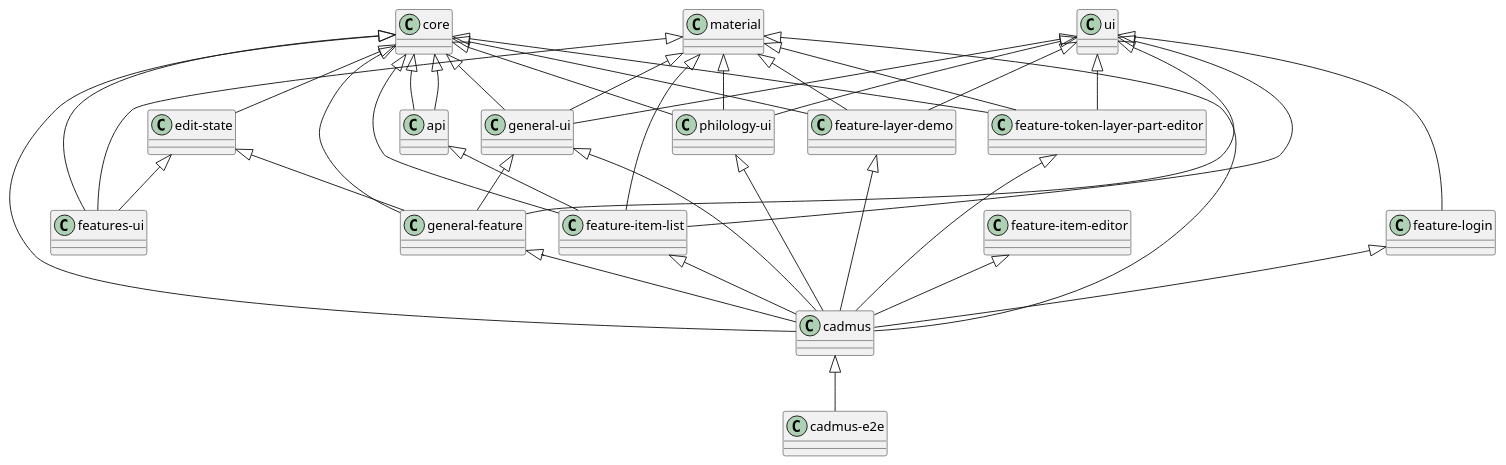
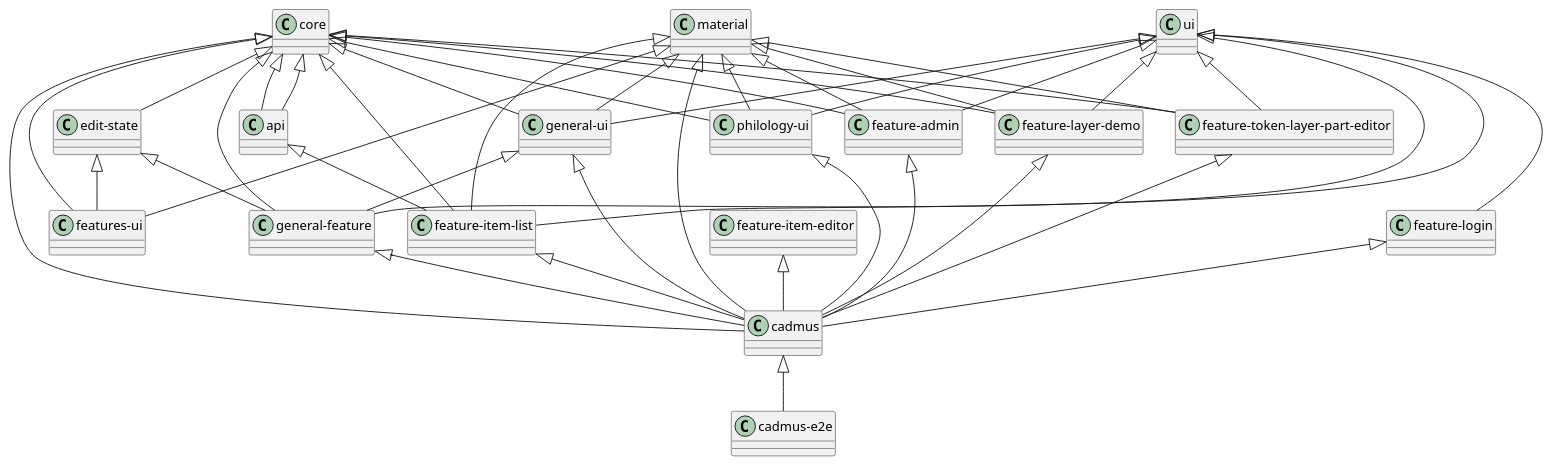
One commit to vedph/cadmus_web changed the diagram in doc/architecture.md. Above: the diagram before and after it, drawn with PlantUML. The commit also changed other lines of this file and 16 other files, not shown here.

Commit message:
Added feature-admin lib

````diff
--- a/doc/architecture.md
+++ b/doc/architecture.md
@@ -16,42 +17,46 @@
 ```plantuml
 @startuml
 core <|-- api
 core <|-- "general-ui"
 core <|-- "general-feature"
 core <|-- "philology-ui"
+core <|-- "feature-admin"
 core <|-- "features-ui"
 core <|-- "feature-layer-demo"
 core <|-- "feature-item-list"
 core <|-- "feature-token-layer-part-editor"
 api <|-- "feature-item-list"
 core <|-- api
 core <|-- cadmus
 material <|-- "general-ui"
 material <|-- "philology-ui"
+material <|-- "feature-admin"
 material <|-- "features-ui"
 material <|-- "feature-layer-demo"
 material <|-- "feature-item-list"
 material <|-- "feature-token-layer-part-editor"
 material <|-- cadmus
 core <|-- "edit-state"
 "edit-state" <|-- "general-feature"
 "edit-state" <|-- "features-ui"
 ui <|-- "general-ui"
 ui <|-- "general-feature"
 ui <|-- "philology-ui"
+ui <|-- "feature-admin"
 ui <|-- "feature-layer-demo"
 ui <|-- "feature-item-list"
 ui <|-- "feature-login"
 ui <|-- "feature-token-layer-part-editor"
 "general-ui" <|-- cadmus
 "general-ui" <|-- "general-feature"
 "general-feature" <|-- cadmus
 "philology-ui" <|-- cadmus
+"feature-admin" <|-- cadmus
 "feature-layer-demo" <|-- cadmus
 "feature-item-list" <|-- cadmus
 "feature-item-editor" <|-- cadmus
 "feature-token-layer-part-editor" <|-- cadmus
 "feature-login" <|-- cadmus
 cadmus <|-- "cadmus-e2e"
 @enduml
 ```
````
